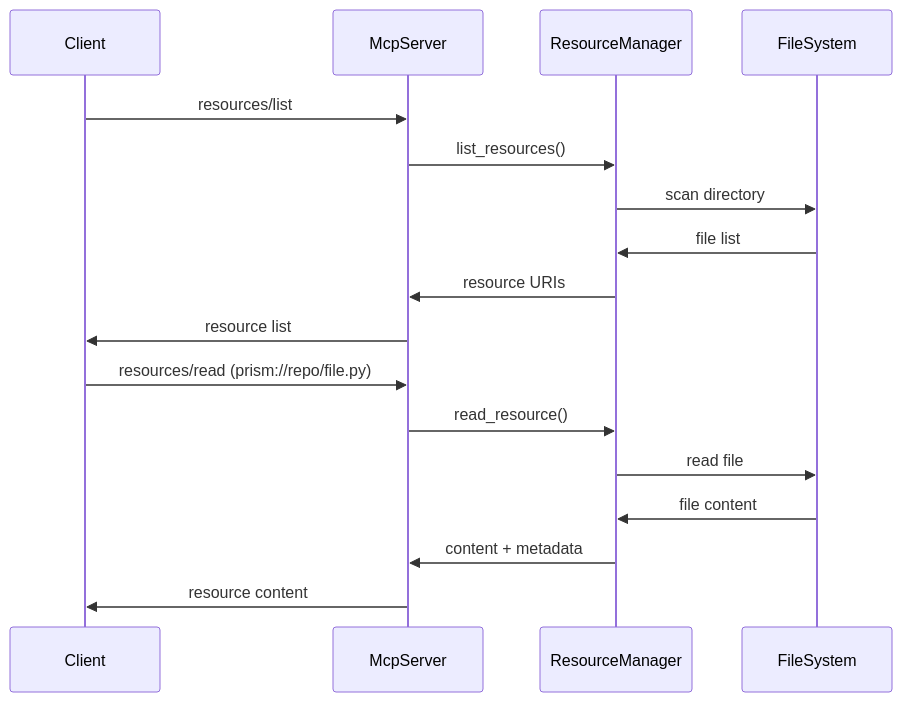
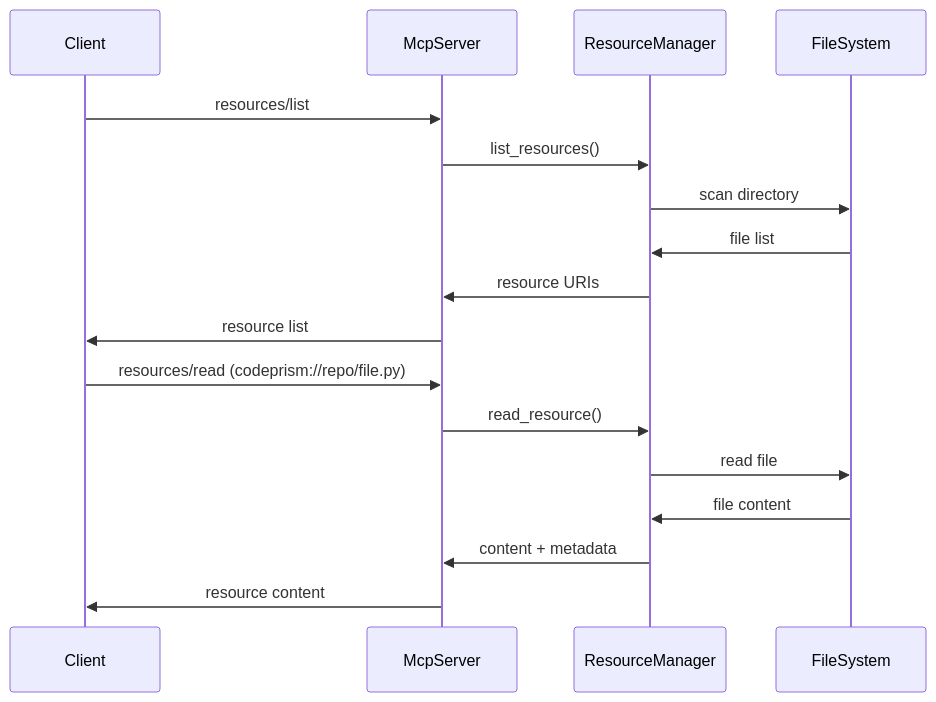
One commit to rustic-ai/codeprism changed the second of 3 diagrams in docs/ARCHITECTURE.md. Above: the diagram before and after it, drawn with Mermaid. The commit also changed other lines of this file and 187 other files, not shown here.

Commit message:
feat: Renamed from prism to codeprism to avoid conflict with various prism projects in rust

````diff
--- a/docs/ARCHITECTURE.md
+++ b/docs/ARCHITECTURE.md
@@ -322,21 +322,21 @@
 ```mermaid
 sequenceDiagram
     participant Client
     participant McpServer
     participant ResourceManager
     participant FileSystem
     
     Client->>McpServer: resources/list
     McpServer->>ResourceManager: list_resources()
     ResourceManager->>FileSystem: scan directory
     FileSystem->>ResourceManager: file list
     ResourceManager->>McpServer: resource URIs
     McpServer->>Client: resource list
     
-    Client->>McpServer: resources/read (prism://repo/file.py)
+    Client->>McpServer: resources/read (codeprism://repo/file.py)
     McpServer->>ResourceManager: read_resource()
     ResourceManager->>FileSystem: read file
     FileSystem->>ResourceManager: file content
     ResourceManager->>McpServer: content + metadata
     McpServer->>Client: resource content
 ```
````
